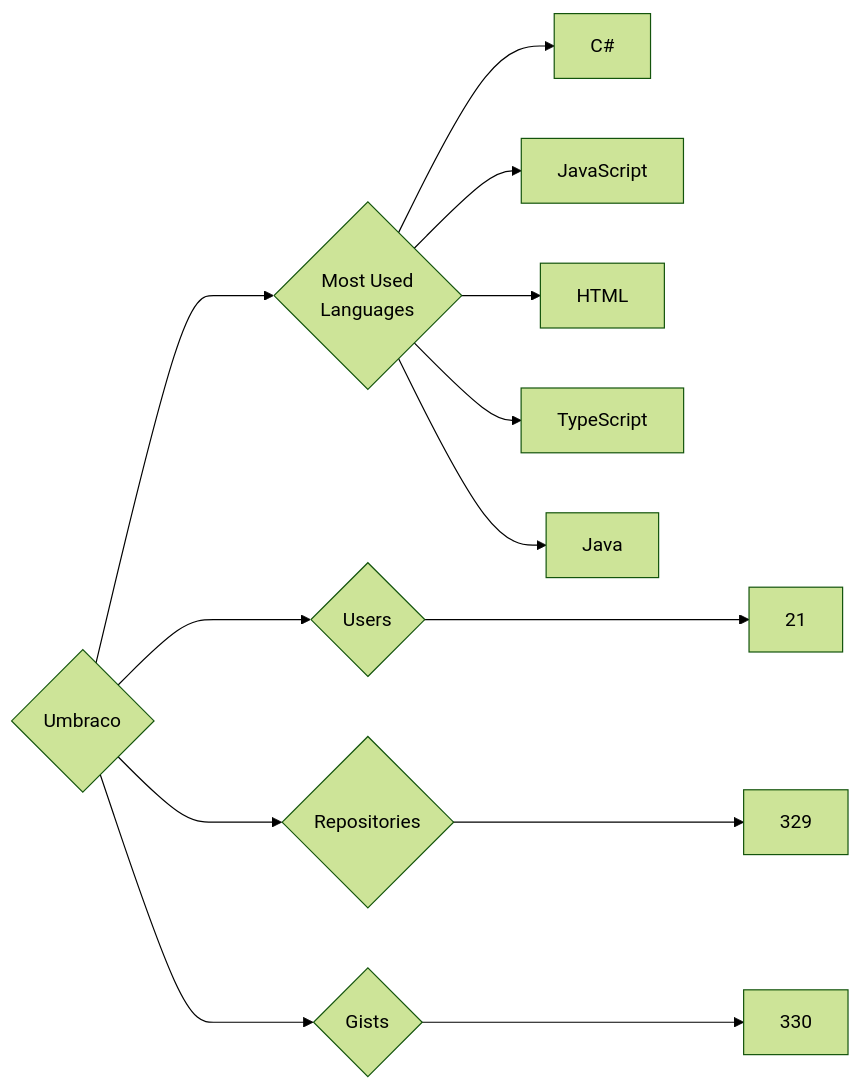
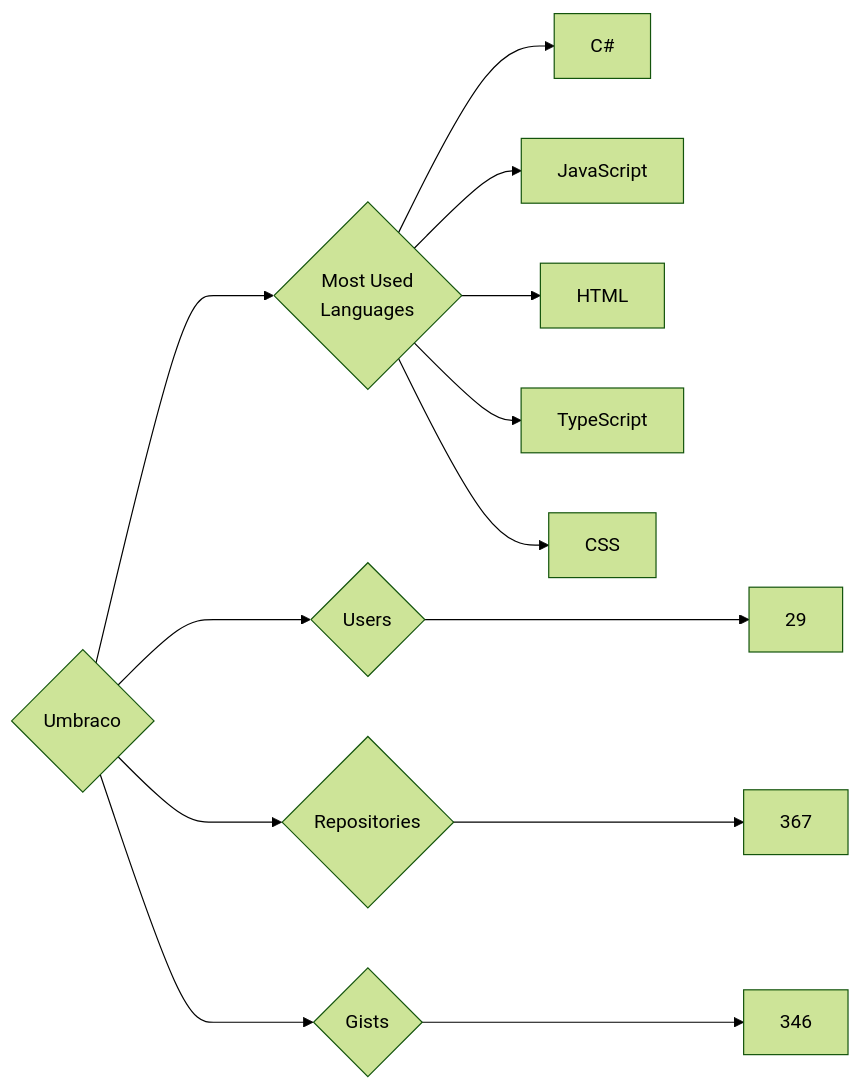
One commit to trickest/insiders changed the diagram in targets/Umbraco/README.md. Above: the diagram before and after it, drawn with Mermaid (forest theme). The commit also changed 970 other files, not shown here.

````diff
--- a/targets/Umbraco/README.md
+++ b/targets/Umbraco/README.md
@@ -3,13 +3,13 @@
 ```mermaid
 graph LR
 COMPANY_NAME{Umbraco}
-COMPANY_NAME ---> U{Users} ---> UN[21]
-COMPANY_NAME ---> R{Repositories} ---> RN[329]
-COMPANY_NAME ---> G{Gists} ---> GN[330]
+COMPANY_NAME ---> U{Users} ---> UN[29]
+COMPANY_NAME ---> R{Repositories} ---> RN[367]
+COMPANY_NAME ---> G{Gists} ---> GN[346]
 COMPANY_NAME ---> ML{Most Used<br>Languages}
 ML --> C#[C#]
 ML --> JavaScript[JavaScript]
 ML --> HTML[HTML]
 ML --> TypeScript[TypeScript]
-ML --> Java[Java]
+ML --> CSS[CSS]
 ```
````
